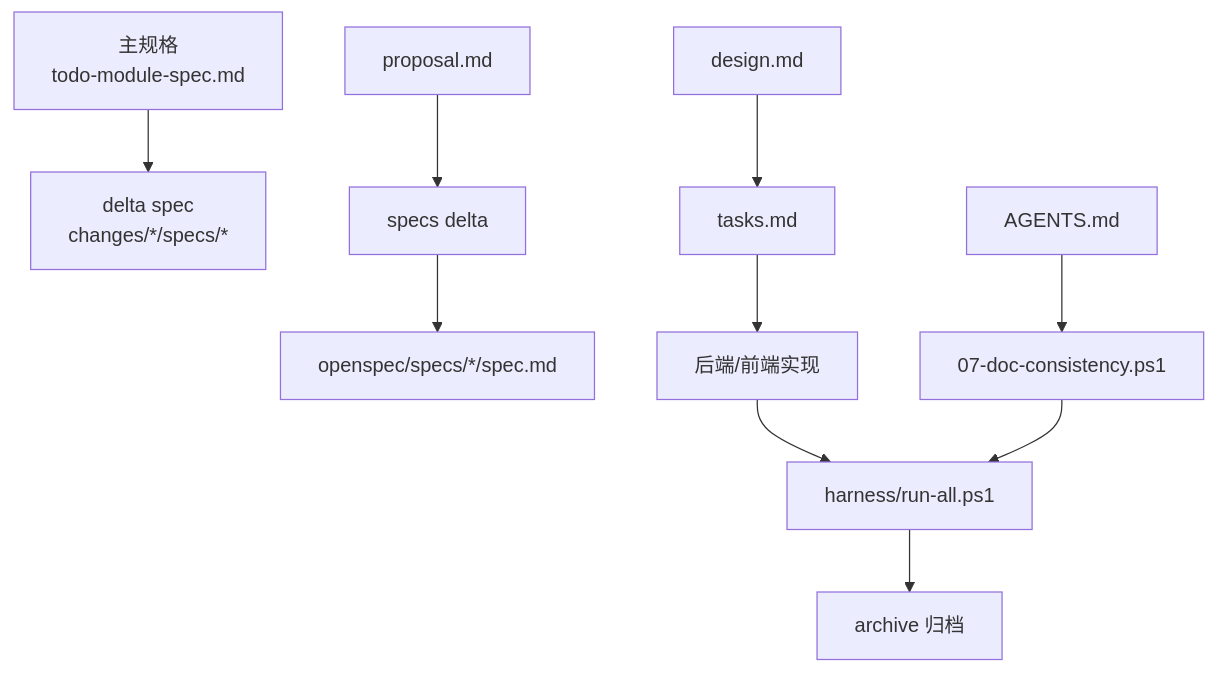
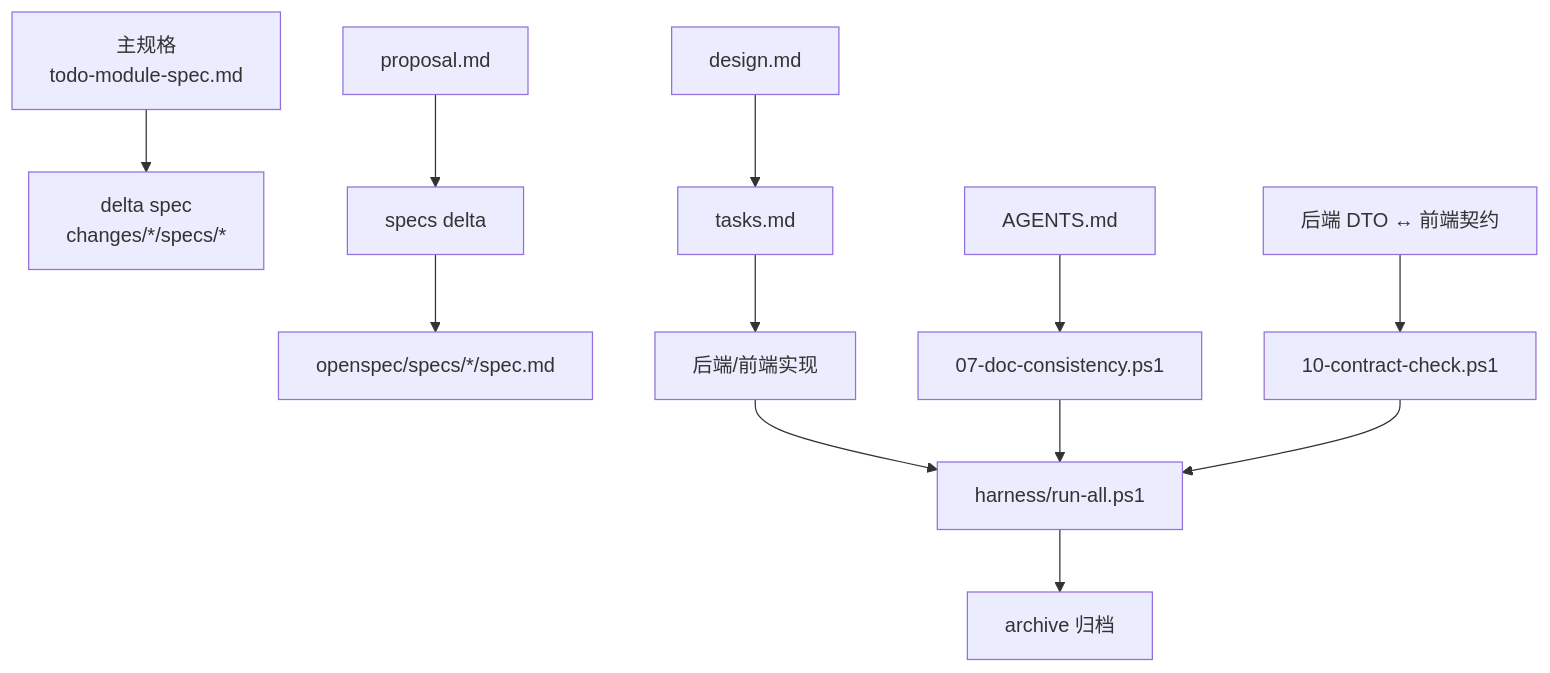
One commit to luyitiger6/my-first-project changed diagram 11 of 11 in .qoder/repowiki/zh/content/规格驱动开发/规格驱动开发.md. Above: the diagram before and after it, drawn with Mermaid. The commit also changed other lines of this file and 54 other files, not shown here.

````diff
--- a/.qoder/repowiki/zh/content/规格驱动开发/规格驱动开发.md
+++ b/.qoder/repowiki/zh/content/规格驱动开发/规格驱动开发.md
@@ -418,12 +516,14 @@
 ```mermaid
 graph TD
 Spec["主规格<br/>todo-module-spec.md"] --> Delta["delta spec<br/>changes/*/specs/*"]
 Proposal["proposal.md"] --> SpecsDelta["specs delta"]
 Design["design.md"] --> Tasks["tasks.md"]
 SpecsDelta --> MainSpec["openspec/specs/*/spec.md"]
 Tasks --> Implementation["后端/前端实现"]
 Implementation --> Harness["harness/run-all.ps1"]
 Harness --> Archive["archive 归档"]
 Docs["AGENTS.md"] --> DocConsistency["07-doc-consistency.ps1"]
 DocConsistency --> Harness
+Contracts["后端 DTO ↔ 前端契约"] --> ContractCheck["10-contract-check.ps1"]
+ContractCheck --> Harness
 ```
````
